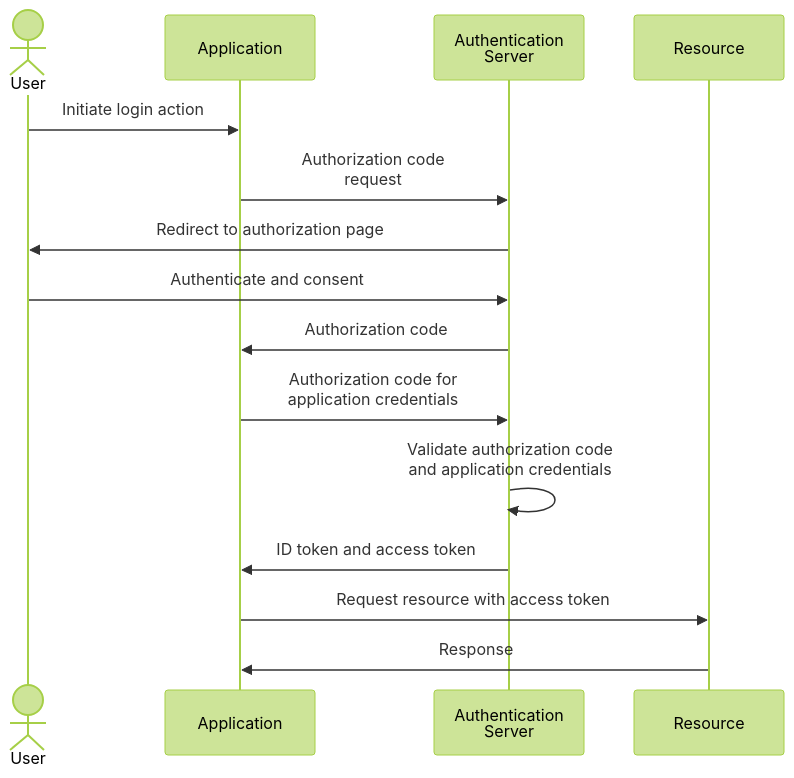
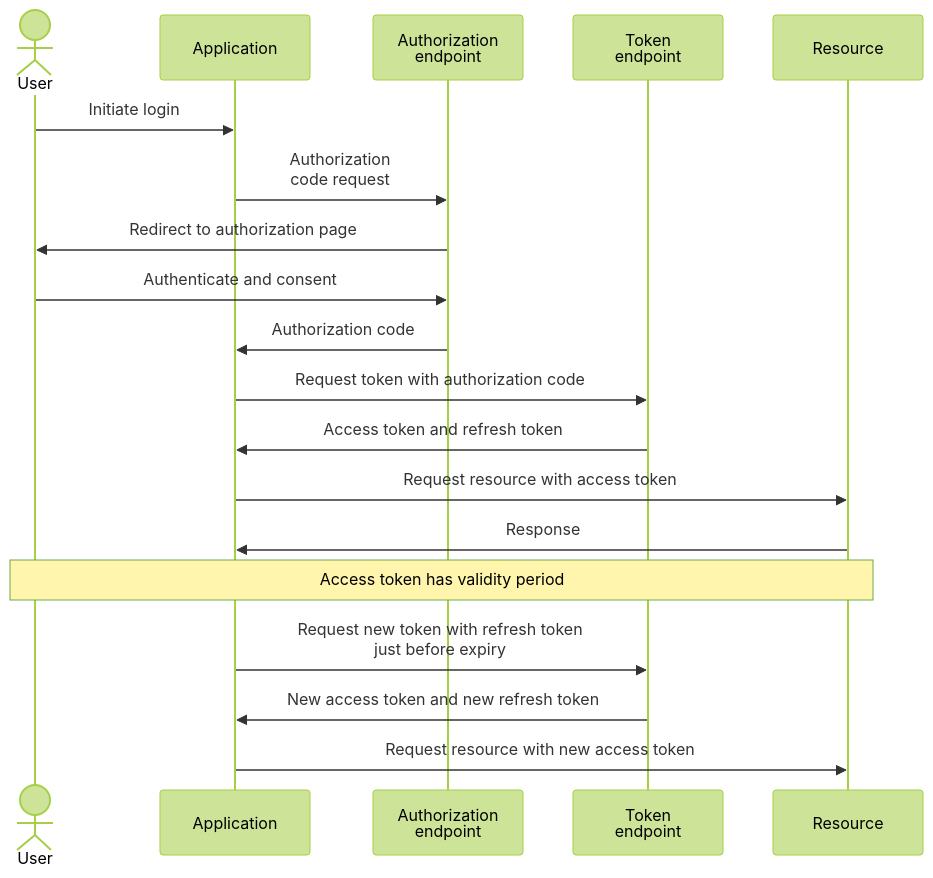
The second of 3 diagrams in oauth-2.0-flows.md (joetanx/mslab), drawn with Mermaid (forest theme) before and after one commit. The commit also changed other lines of this file, not shown here.

````diff
--- a/oauth-2.0-flows.md
+++ b/oauth-2.0-flows.md
@@ -17,17 +19,21 @@
 ```mermaid
 sequenceDiagram
   actor A as User
   participant B as Application
-  participant C as Authentication<br>Server
-  participant D as Resource
-  A->>B:Initiate login action
-  B->>C:Authorization code<br>request
+  participant C as Authorization<br>endpoint
+  participant D as Token<br>endpoint
+  participant E as Resource
+  A->>B:Initiate login
+  B->>C:Authorization<br>code request
   C->>A:Redirect to authorization page
   A->>C:Authenticate and consent
   C->>B:Authorization code
-  B->>C:Authorization code for<br>application credentials
-  C->>C:Validate authorization code<br>and application credentials
-  C->>B:ID token and access token
-  B->>D:Request resource with access token
-  D->>B:Response
+  B->>D:Request token with authorization code
+  D->>B:Access token and refresh token
+  B->>E:Request resource with access token
+  E->>B:Response
+  note over A,E: Access token has validity period
+  B->>D:Request new token with refresh token<br>just before expiry
+  D->>B:New access token and new refresh token
+  B->>E:Request resource with new access token
 ```
````
